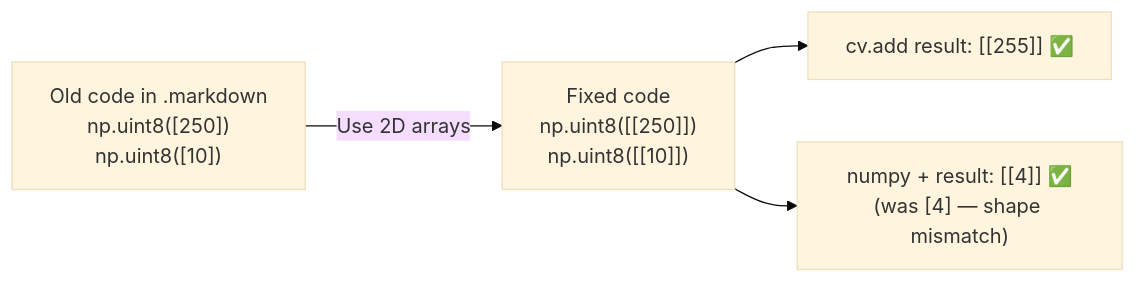
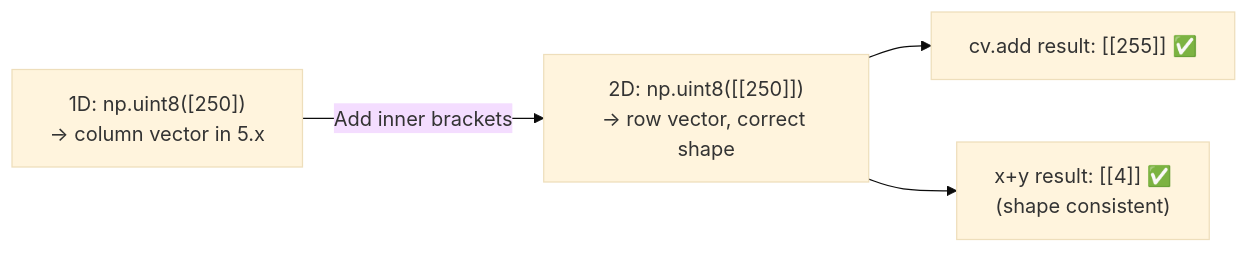
The second of 11 diagrams in FIXES_DOCUMENTATION.md (varun-projects/opencv), drawn with Mermaid (base theme) before and after one commit. The commit also changed other lines of this file, not shown here.

First line of the commit message:
docs: complete documentation with all 5 PRs, flowcharts and PR descriptions

````diff
--- a/FIXES_DOCUMENTATION.md
+++ b/FIXES_DOCUMENTATION.md
@@ -60,6 +63,10 @@
 ```mermaid
 flowchart LR
-    A["Old code in .markdown\nnp.uint8([250])\nnp.uint8([10])"] -->|"Use 2D arrays"| B["Fixed code\nnp.uint8([[250]])\nnp.uint8([[10]])"]
-    B --> C["cv.add result: [[255]] ✅"]
-    B --> D["numpy + result: [[4]] ✅\n(was [4] — shape mismatch)"]
+    A["1D: np.uint8([250])\n→ column vector in 5.x"]
+    B["2D: np.uint8([[250]])\n→ row vector, correct shape"]
+    C["cv.add result: [[255]] ✅"]
+    D["x+y result: [[4]] ✅\n(shape consistent)"]
+    A -->|"Add inner brackets"| B
+    B --> C
+    B --> D
 ```
````
